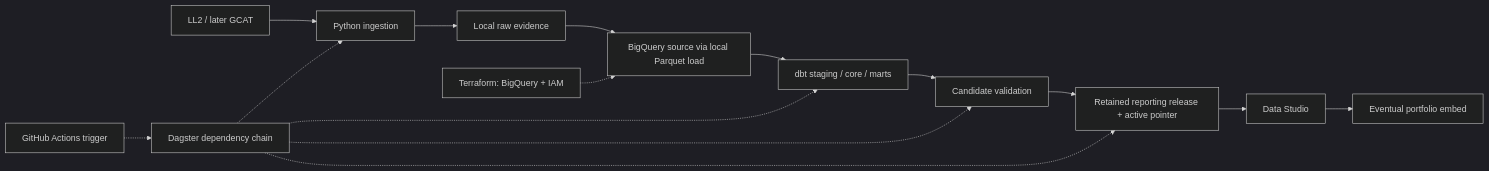
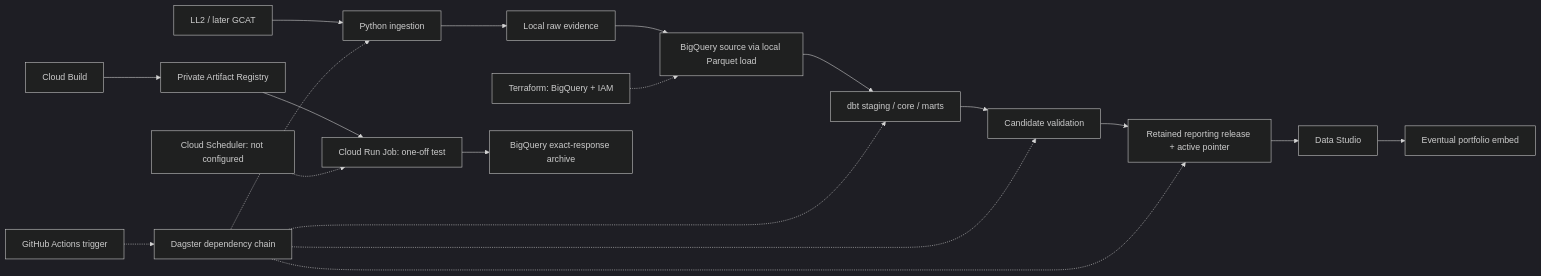
One commit to RM3006/orbital-pulse changed the second of 2 diagrams in ARCHITECTURE.md. Above: the diagram before and after it, drawn with Mermaid (dark theme). The commit also changed other lines of this file and 45 other files, not shown here.

````diff
--- a/ARCHITECTURE.md
+++ b/ARCHITECTURE.md
@@ -87,17 +93,21 @@
 ```mermaid
 flowchart LR
     Public[LL2 / later GCAT] --> Ingest[Python ingestion]
     Ingest --> Raw[Local raw evidence]
     Raw --> Warehouse[BigQuery source via local Parquet load]
     Warehouse --> Models[dbt staging / core / marts]
     Models --> Checks[Candidate validation]
     Checks --> Release[Retained reporting release + active pointer]
     Release --> BI[Data Studio]
     BI --> Portfolio[Eventual portfolio embed]
     Terraform[Terraform: BigQuery + IAM] -.-> Warehouse
     Actions[GitHub Actions trigger] -.-> Dagster[Dagster dependency chain]
     Dagster -.-> Ingest
     Dagster -.-> Models
     Dagster -.-> Checks
     Dagster -.-> Release
+    CloudBuild[Cloud Build] --> Registry[Private Artifact Registry]
+    Registry --> CloudRun[Cloud Run Job: one-off test]
+    CloudRun --> RawArchive[BigQuery exact-response archive]
+    Scheduler[Cloud Scheduler: not configured] -.-> CloudRun
 ```
````
